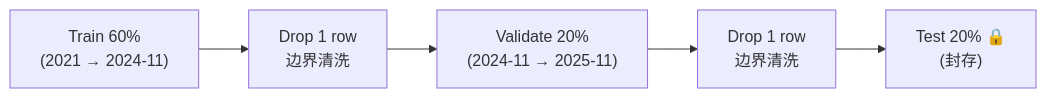
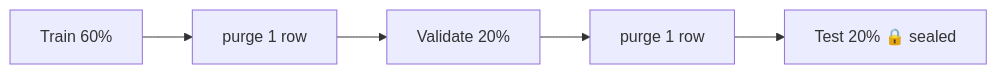
One commit to Steven-ZYC/INT4096-ML-Financial-Forecasting changed the diagram in docs/story/feature_extraction_story.md. Above: the diagram before and after it, drawn with Mermaid. The commit also changed other lines of this file and 13 other files, not shown here.

````diff
--- a/docs/story/feature_extraction_story.md
+++ b/docs/story/feature_extraction_story.md
@@ -120,9 +126,4 @@
 ```mermaid
 flowchart LR
-    A["Train 60%\n(2021 → 2024-11)"]
-    B["Drop 1 row\n边界清洗"]
-    C["Validate 20%\n(2024-11 → 2025-11)"]
-    D["Drop 1 row\n边界清洗"]
-    E["Test 20% 🔒\n(封存)"]
-    A --> B --> C --> D --> E
+    A["Train 60%"] --> B["purge 1 row"] --> C["Validate 20%"] --> D["purge 1 row"] --> E["Test 20% 🔒 sealed"]
 ```
````
